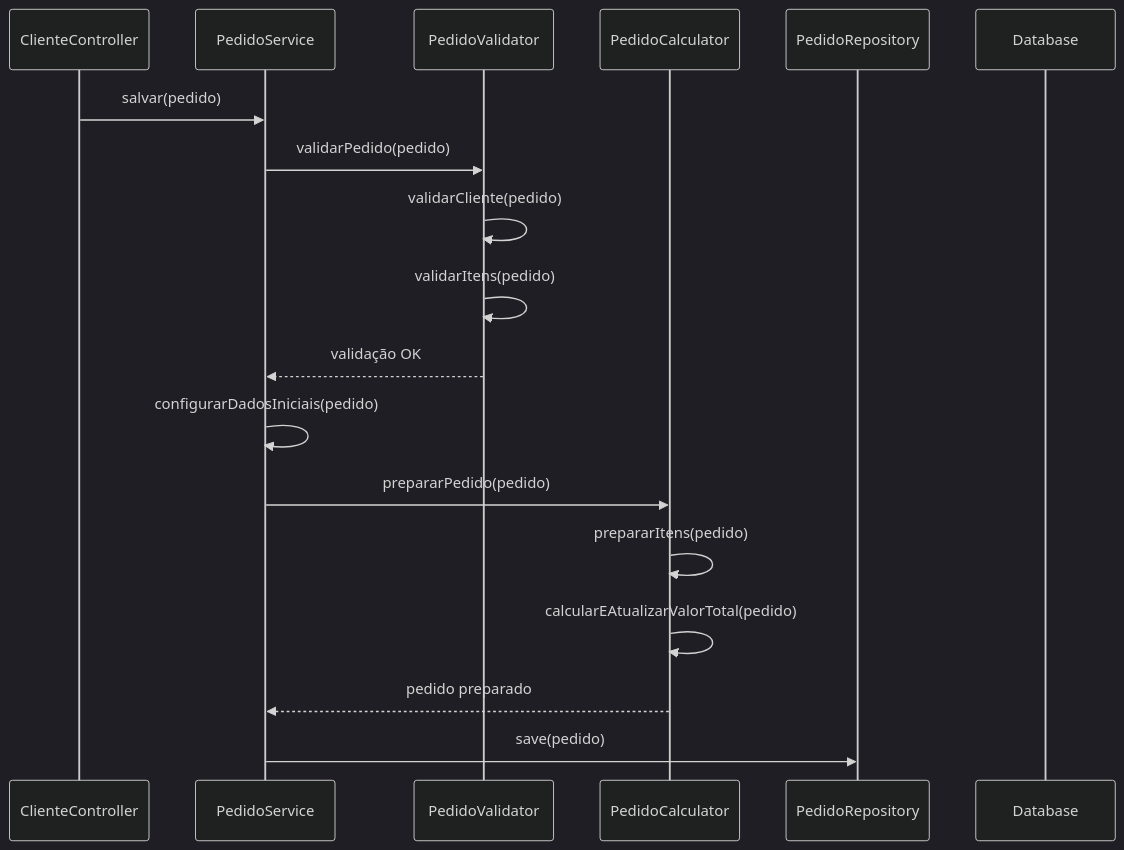
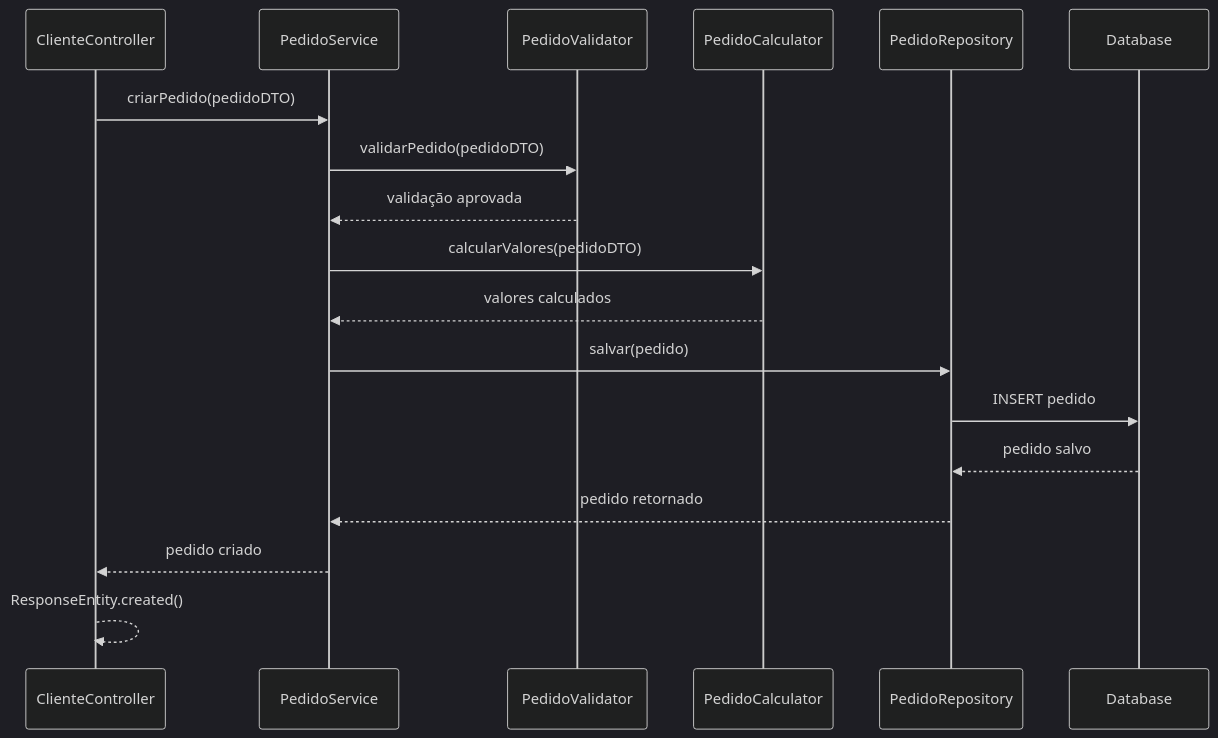
Before and after one commit to iagobrdev/orders-bootcamp: the second of 4 diagrams in DIAGRAMA_UML.md, drawn with Mermaid (dark theme). The commit also changed other lines of this file and 3 other files, not shown here.

````diff
--- a/DIAGRAMA_UML.md
+++ b/DIAGRAMA_UML.md
@@ -344,23 +358,21 @@
 ```mermaid
 sequenceDiagram
     participant C as ClienteController
     participant S as PedidoService
     participant V as PedidoValidator
-    participant Calc as PedidoCalculator
+    participant CALC as PedidoCalculator
     participant R as PedidoRepository
     participant DB as Database
 
-    C->>S: salvar(pedido)
-    S->>V: validarPedido(pedido)
-    V->>V: validarCliente(pedido)
-    V->>V: validarItens(pedido)
-    V-->>S: validação OK
-    
-    S->>S: configurarDadosIniciais(pedido)
-    S->>Calc: prepararPedido(pedido)
-    Calc->>Calc: prepararItens(pedido)
-    Calc->>Calc: calcularEAtualizarValorTotal(pedido)
-    Calc-->>S: pedido preparado
-    
-    S->>R: save(pedido)
+    C->>S: criarPedido(pedidoDTO)
+    S->>V: validarPedido(pedidoDTO)
+    V-->>S: validação aprovada
+    S->>CALC: calcularValores(pedidoDTO)
+    CALC-->>S: valores calculados
+    S->>R: salvar(pedido)
+    R->>DB: INSERT pedido
+    DB-->>R: pedido salvo
+    R-->>S: pedido retornado
+    S-->>C: pedido criado
+    C-->>C: ResponseEntity.created()
 ```
````
